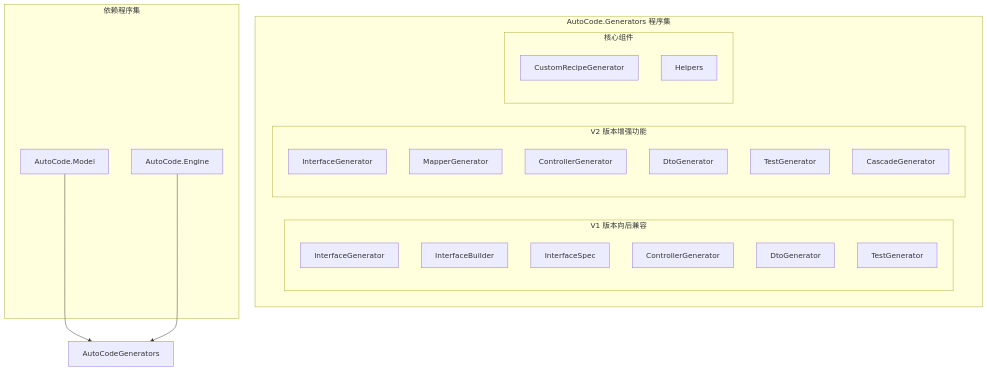
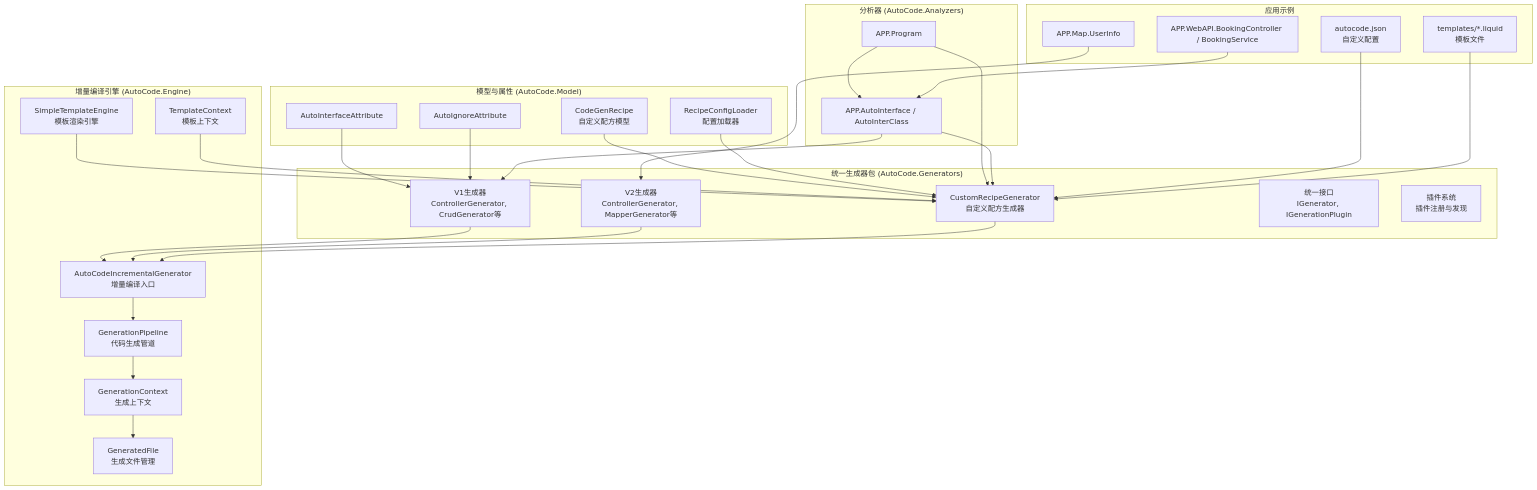
The first of 7 diagrams in .qoder/repowiki/zh/content/源代码生成器/源代码生成器.md (alivy/AutoCode), drawn with Mermaid before and after one commit. The commit also changed other lines of this file and 183 other files, not shown here.

````diff
--- a/.qoder/repowiki/zh/content/源代码生成器/源代码生成器.md
+++ b/.qoder/repowiki/zh/content/源代码生成器/源代码生成器.md
@@ -49,31 +70,56 @@
 ```mermaid
 graph TB
-subgraph "AutoCode.Generators 程序集"
-subgraph "V1 版本向后兼容"
-V1_IG["InterfaceGenerator"]
-V1_IB["InterfaceBuilder"]
-V1_IS["InterfaceSpec"]
-V1_CG["ControllerGenerator"]
-V1_DG["DtoGenerator"]
-V1_TG["TestGenerator"]
+subgraph "统一生成器包 (AutoCode.Generators)"
+G1["V1生成器<br/>ControllerGenerator, CrudGenerator等"]
+G2["V2生成器<br/>ControllerGenerator, MapperGenerator等"]
+G3["CustomRecipeGenerator<br/>自定义配方生成器"]
+G4["统一接口<br/>IGenerator, IGenerationPlugin"]
+G5["插件系统<br/>插件注册与发现"]
 end
-subgraph "V2 版本增强功能"
-V2_IG["InterfaceGenerator"]
-V2_MG["MapperGenerator"]
-V2_CG["ControllerGenerator"]
-V2_DG["DtoGenerator"]
-V2_TG["TestGenerator"]
-V2_CSG["CascadeGenerator"]
+subgraph "增量编译引擎 (AutoCode.Engine)"
+E1["AutoCodeIncrementalGenerator<br/>增量编译入口"]
+E2["GenerationPipeline<br/>代码生成管道"]
+E3["GenerationContext<br/>生成上下文"]
+E4["GeneratedFile<br/>生成文件管理"]
+E5["SimpleTemplateEngine<br/>模板渲染引擎"]
+E6["TemplateContext<br/>模板上下文"]
 end
-subgraph "核心组件"
-CRG["CustomRecipeGenerator"]
-Helpers["Helpers"]
+subgraph "模型与属性 (AutoCode.Model)"
+M1["AutoInterfaceAttribute"]
+M2["AutoIgnoreAttribute"]
+M3["CodeGenRecipe<br/>自定义配方模型"]
+M4["RecipeConfigLoader<br/>配置加载器"]
 end
+subgraph "分析器 (AutoCode.Analyzers)"
+A1["CustomRecipeAdapter<br/>配方适配器"]
+A2["ICodeGenRecipe<br/>统一配方接口"]
 end
-subgraph "依赖程序集"
-Model["AutoCode.Model"]
-Engine["AutoCode.Engine"]
+subgraph "应用示例"
+S1["autocode.json<br/>自定义配置"]
+S2["templates/*.liquid<br/>模板文件"]
+A1["APP.Program"]
+A2["APP.AutoInterface / AutoInterClass"]
+A3["APP.Map.UserInfo"]
+A4["APP.WebAPI.BookingController / BookingService"]
 end
-Model --> AutoCodeGenerators
-Engine --> AutoCodeGenerators
+G1 --> E1
+G2 --> E1
+G3 --> E1
+E1 --> E2
+E2 --> E3
+E3 --> E4
+M1 --> G1
+M2 --> G1
+M3 --> G3
+M4 --> G3
+A1 --> G3
+A2 --> G3
+S1 --> G3
+S2 --> G3
+E5 --> G3
+E6 --> G3
+A1 --> A2
+A2 --> G1
+A3 --> G2
+A4 --> A2
 ```
````
